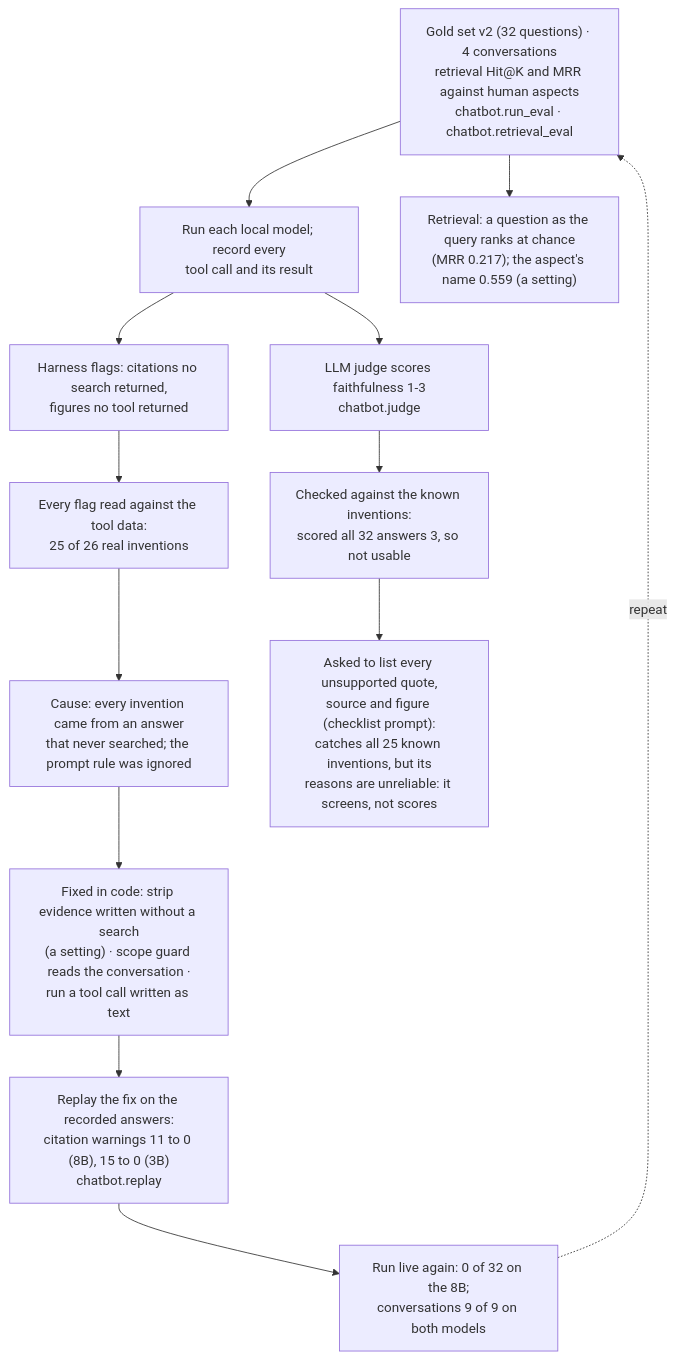
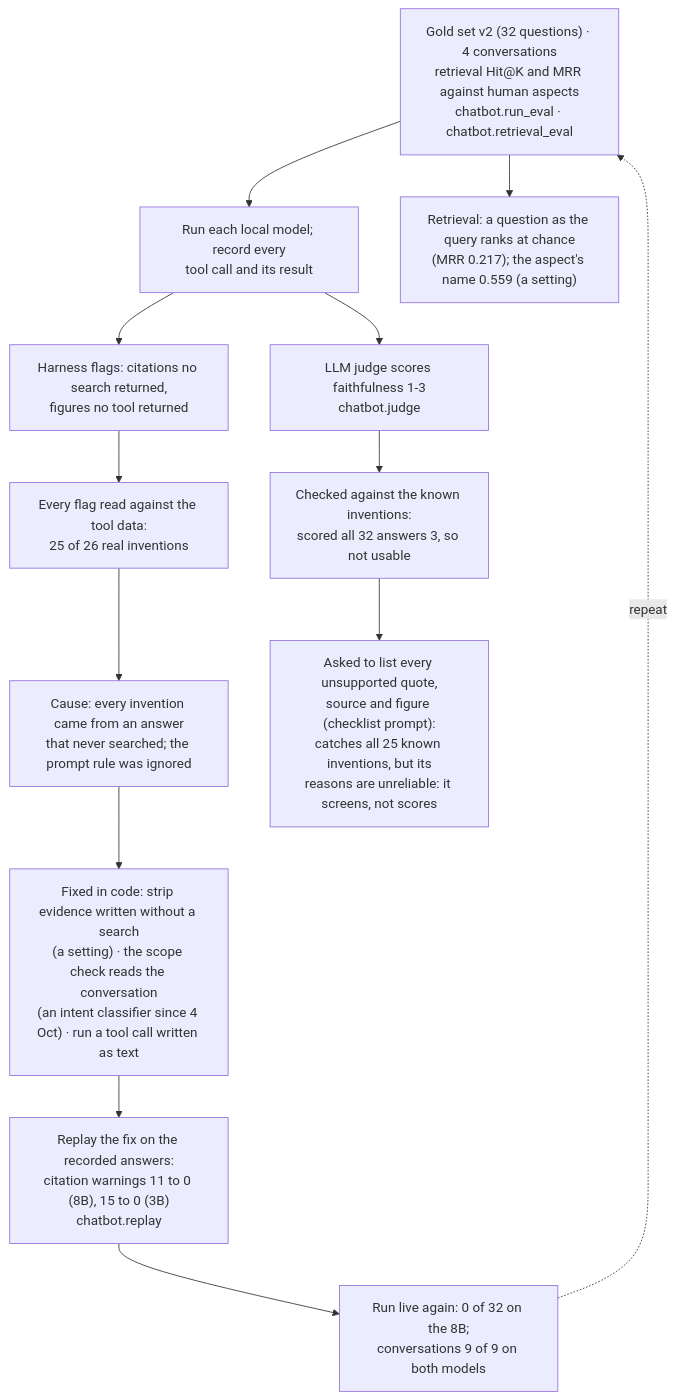
Before and after one commit to Gavingyh/plp-project: the diagram in docs/diagrams/src/23-chatbot-improvement-loop.mmd, drawn with Mermaid. The commit also changed 34 other files, not shown here.

First line of the commit message:
Docs for the intent classifier and chatbot settings; diagrams redrawn

```diff
--- a/docs/diagrams/src/23-chatbot-improvement-loop.mmd
+++ b/docs/diagrams/src/23-chatbot-improvement-loop.mmd
@@ -1,21 +1,21 @@
 flowchart TB
   accTitle: Chatbot evaluation and improvement loop
   accDescr: A frozen gold set, multi-turn conversations and retrieval metrics are run on each local model, recording every tool call and result. The harness flags invented citations and unverified figures; each flag is read by hand against the tool data. The cause found was that every invented citation came from an answer that never searched. Fixes went into code, were replayed on the recorded answers, then run live. The LLM judge was checked against the known inventions and failed; asked to list unsupported quotes, sources and figures instead, the same model caught all of them.
 
   gold["Gold set v2 (32 questions) · 4 conversations<br/>retrieval Hit@K and MRR against human aspects<br/>chatbot.run_eval · chatbot.retrieval_eval"]
   run["Run each local model; record every<br/>tool call and its result"]
   flags["Harness flags: citations no search returned,<br/>figures no tool returned"]
   read["Every flag read against the tool data:<br/>25 of 26 real inventions"]
   cause["Cause: every invention came from an answer<br/>that never searched; the prompt rule was ignored"]
-  fix["Fixed in code: strip evidence written without a search<br/>(a setting) · scope guard reads the conversation ·<br/>run a tool call written as text"]
+  fix["Fixed in code: strip evidence written without a search<br/>(a setting) · the scope check reads the conversation<br/>(an intent classifier since 4 Oct) · run a tool call written as text"]
   replay["Replay the fix on the recorded answers:<br/>citation warnings 11 to 0 (8B), 15 to 0 (3B)<br/>chatbot.replay"]
   live["Run live again: 0 of 32 on the 8B;<br/>conversations 9 of 9 on both models"]
   retr["Retrieval: a question as the query ranks at chance<br/>(MRR 0.217); the aspect's name 0.559 (a setting)"]
   judge["LLM judge scores faithfulness 1-3<br/>chatbot.judge"]
   jcheck["Checked against the known inventions:<br/>scored all 32 answers 3, so not usable"]
   jnext["Asked to list every unsupported quote,<br/>source and figure (checklist prompt):<br/>catches all 25 known inventions, but its<br/>reasons are unreliable: it screens, not scores"]
 
   gold --> run --> flags --> read --> cause --> fix --> replay --> live
   gold --> retr
   run --> judge --> jcheck --> jnext
   live -. repeat .-> gold
```
